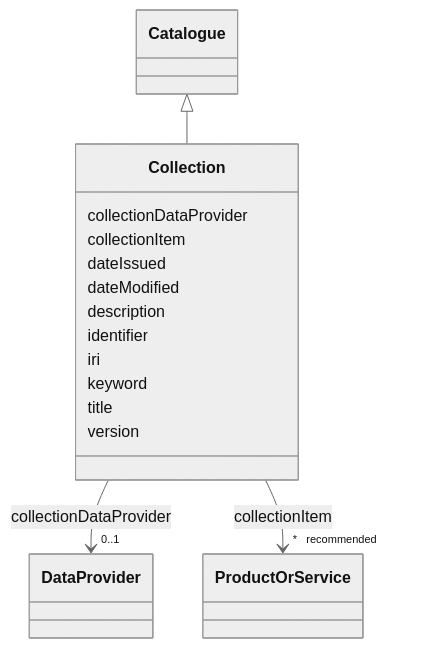
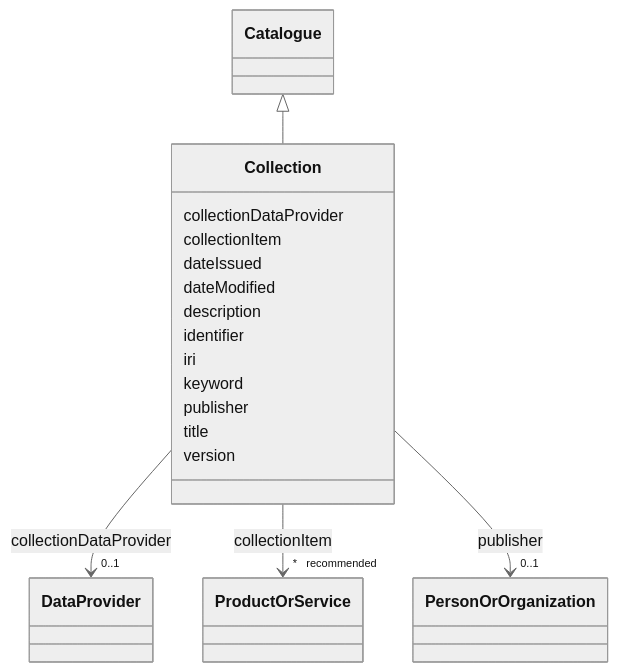
One commit to EVORA-project/evora-ontology changed the diagram in models/docs/Collection.md. Above: the diagram before and after it, drawn with Mermaid (neutral theme). The commit also changed other lines of this file and 468 other files, not shown here.

````diff
--- a/models/docs/Collection.md
+++ b/models/docs/Collection.md
@@ -19,43 +19,52 @@
 ```mermaid
  classDiagram
     class Collection
     click Collection href "../Collection"
       Catalogue <|-- Collection
         click Catalogue href "../Catalogue"
       
       Collection : collectionDataProvider
         
           
     
     
     Collection --> "0..1" DataProvider : collectionDataProvider
     click DataProvider href "../DataProvider"
 
         
       Collection : collectionItem
         
           
     
     
     Collection --> "* _recommended_" ProductOrService : collectionItem
     click ProductOrService href "../ProductOrService"
 
         
       Collection : dateIssued
         
       Collection : dateModified
         
       Collection : description
         
       Collection : identifier
         
       Collection : iri
         
       Collection : keyword
         
+      Collection : publisher
+        
+          
+    
+    
+    Collection --> "0..1" PersonOrOrganization : publisher
+    click PersonOrOrganization href "../PersonOrOrganization"
+
+        
       Collection : title
         
       Collection : version
         
       
 ```
````
